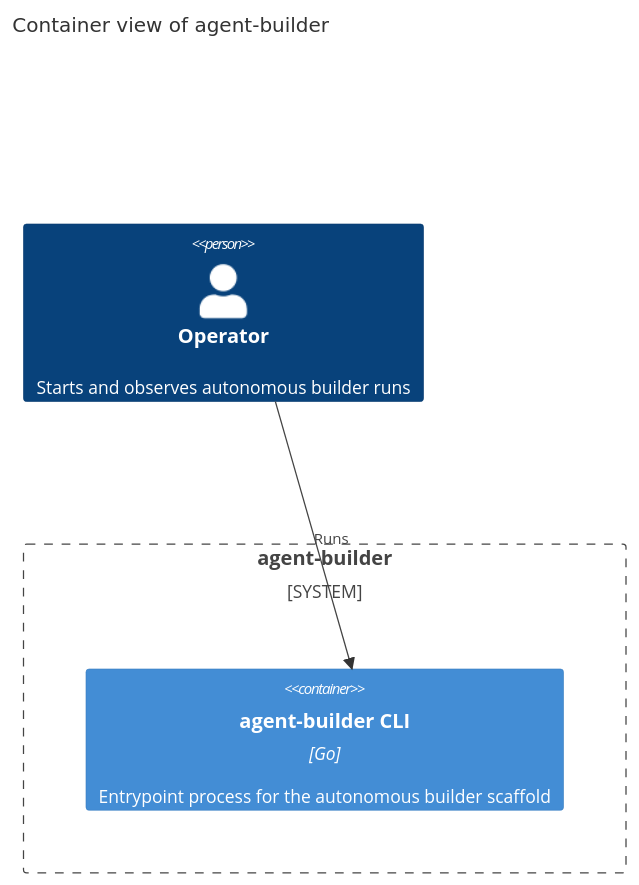
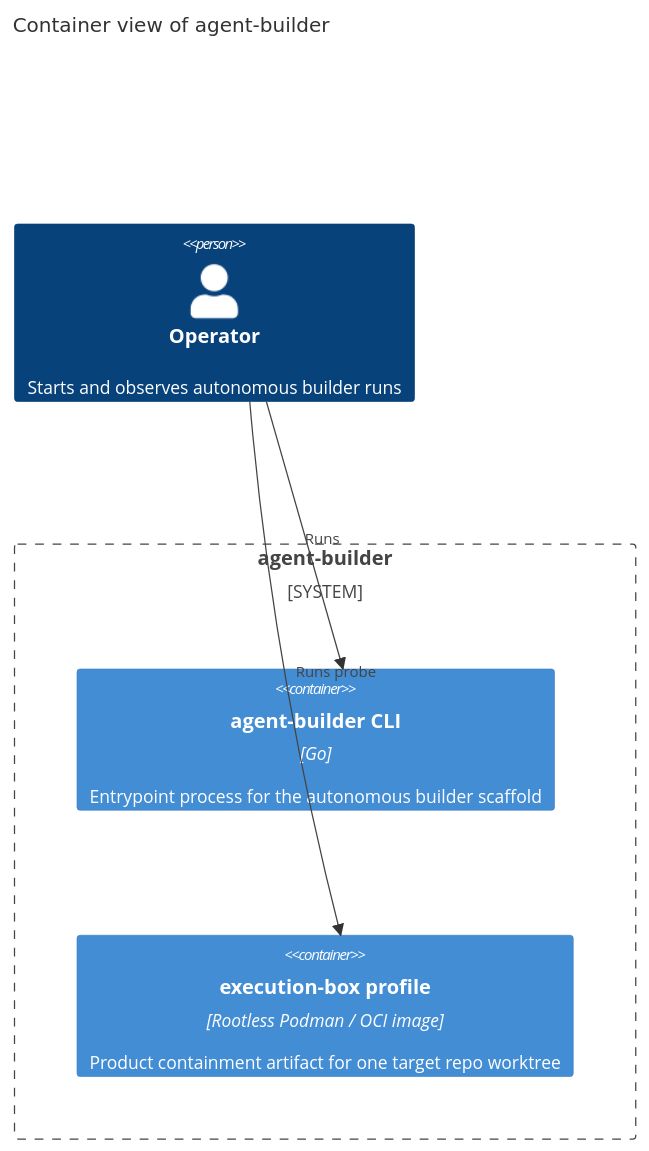
The second of 4 diagrams in docs/architecture/diagrams.md (tkdtaylor/agent-builder), drawn with Mermaid before and after one commit. The commit also changed other lines of this file and 13 other files, not shown here.

Commit message:
feat: complete task 014 — podman containment profile

````diff
--- a/docs/architecture/diagrams.md
+++ b/docs/architecture/diagrams.md
@@ -38,12 +38,14 @@
 ```mermaid
 C4Container
     title Container view of agent-builder
 
     Person(operator, "Operator", "Starts and observes autonomous builder runs")
 
     System_Boundary(boundary, "agent-builder") {
         Container(cli, "agent-builder CLI", "Go", "Entrypoint process for the autonomous builder scaffold")
+        Container(execBox, "execution-box profile", "Rootless Podman / OCI image", "Product containment artifact for one target repo worktree")
     }
 
     Rel(operator, cli, "Runs")
+    Rel(operator, execBox, "Runs probe")
 ```
````
